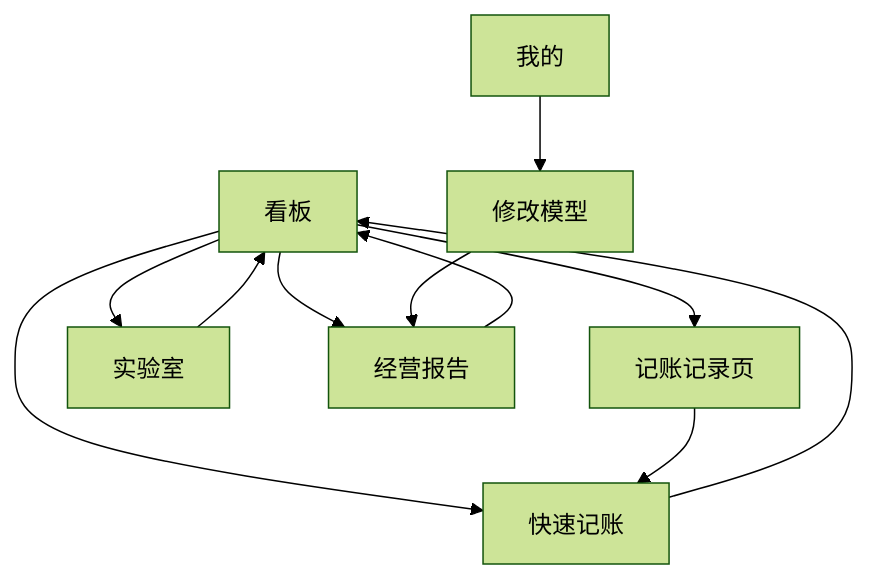
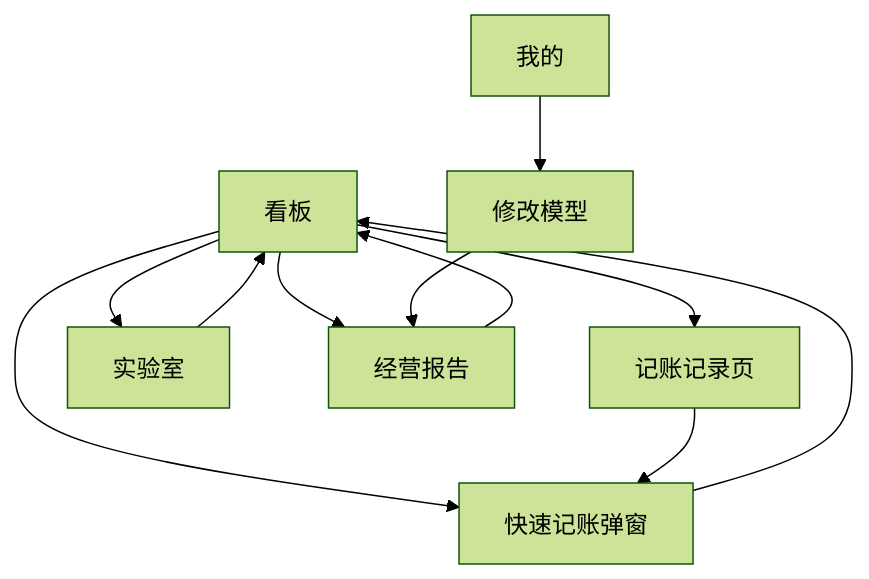
One commit to saopao/mini changed the second of 2 diagrams in docs/04-information-architecture.md. Above: the diagram before and after it, drawn with Mermaid (forest theme). The commit also changed other lines of this file and 23 other files, not shown here.

````diff
--- a/docs/04-information-architecture.md
+++ b/docs/04-information-architecture.md
@@ -67,13 +67,13 @@
 ```mermaid
 flowchart TD
-    A[看板] --> B[快速记账]
+    A[看板] --> B[快速记账弹窗]
     B --> A
     A --> C[记账记录页]
     C --> B
     A --> D[实验室]
     D --> A
     A --> E[经营报告]
     E --> A
     F[我的] --> G[修改模型]
     G --> E
 ```
````
